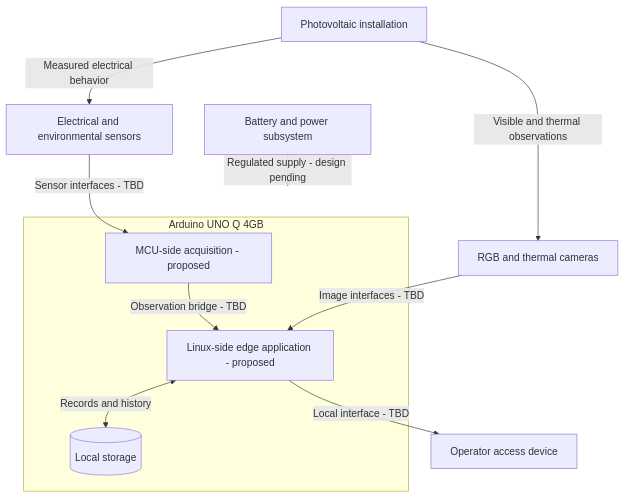
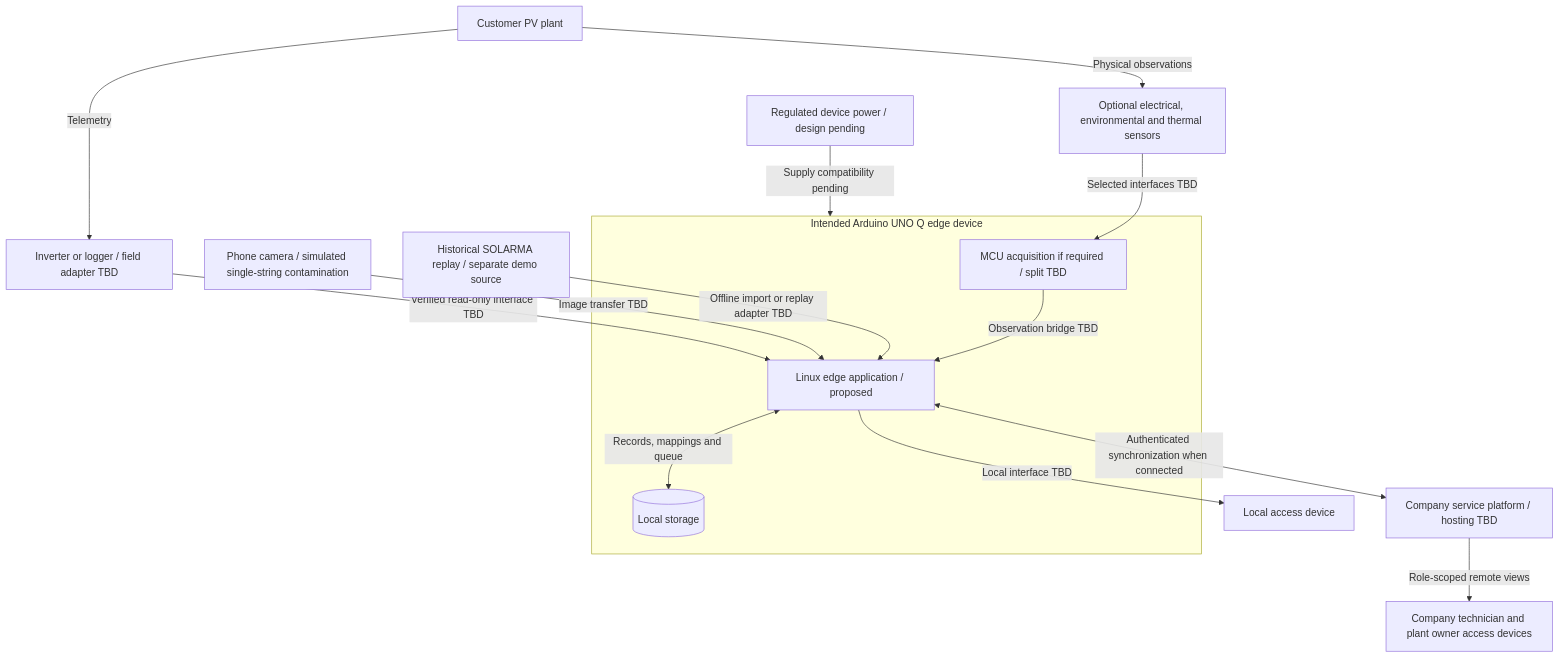
One commit to B-AROL-O/hackturin-2026 changed the diagram in docs/architecture/deployment.md. Above: the diagram before and after it, drawn with Mermaid. The commit also changed other lines of this file and 28 other files, not shown here.

Commit message:
docs(poopvolt): renew company offer, architecture and pitch

````diff
--- a/docs/architecture/deployment.md
+++ b/docs/architecture/deployment.md
@@ -10,21 +10,29 @@
 ```mermaid
 flowchart TB
-    pv["Photovoltaic installation"]
-    power["Battery and power subsystem"]
-    sensors["Electrical and environmental sensors"]
-    cameras["RGB and thermal cameras"]
-    subgraph uno["Arduino UNO Q 4GB"]
-        mcu["MCU-side acquisition - proposed"]
-        app["Linux-side edge application - proposed"]
+    phone["Phone camera / simulated single-string contamination"]
+    replay["Historical SOLARMA replay / separate demo source"]
+    plant["Customer PV plant"]
+    logger["Inverter or logger / field adapter TBD"]
+    sensors["Optional electrical, environmental and thermal sensors"]
+    power["Regulated device power / design pending"]
+    subgraph uno["Intended Arduino UNO Q edge device"]
+        mcu["MCU acquisition if required / split TBD"]
+        app["Linux edge application / proposed"]
         storage[("Local storage")]
     end
-    operator["Operator access device"]
-    pv -->|Measured electrical behavior| sensors
-    pv -->|Visible and thermal observations| cameras
-    power -->|Regulated supply - design pending| uno
-    sensors -->|Sensor interfaces - TBD| mcu
-    mcu -->|Observation bridge - TBD| app
-    cameras -->|Image interfaces - TBD| app
-    app <-->|Records and history| storage
-    app -->|Local interface - TBD| operator
+    local["Local access device"]
+    platform["Company service platform / hosting TBD"]
+    users["Company technician and plant owner access devices"]
+    phone -->|Image transfer TBD| app
+    replay -->|Offline import or replay adapter TBD| app
+    plant -->|Telemetry| logger
+    plant -->|Physical observations| sensors
+    sensors -->|Selected interfaces TBD| mcu
+    logger -->|Verified read-only interface TBD| app
+    mcu -->|Observation bridge TBD| app
+    power -->|Supply compatibility pending| uno
+    app <-->|Records, mappings and queue| storage
+    app -->|Local interface TBD| local
+    app <-->|Authenticated synchronization when connected| platform
+    platform -->|Role-scoped remote views| users
 ```
````
